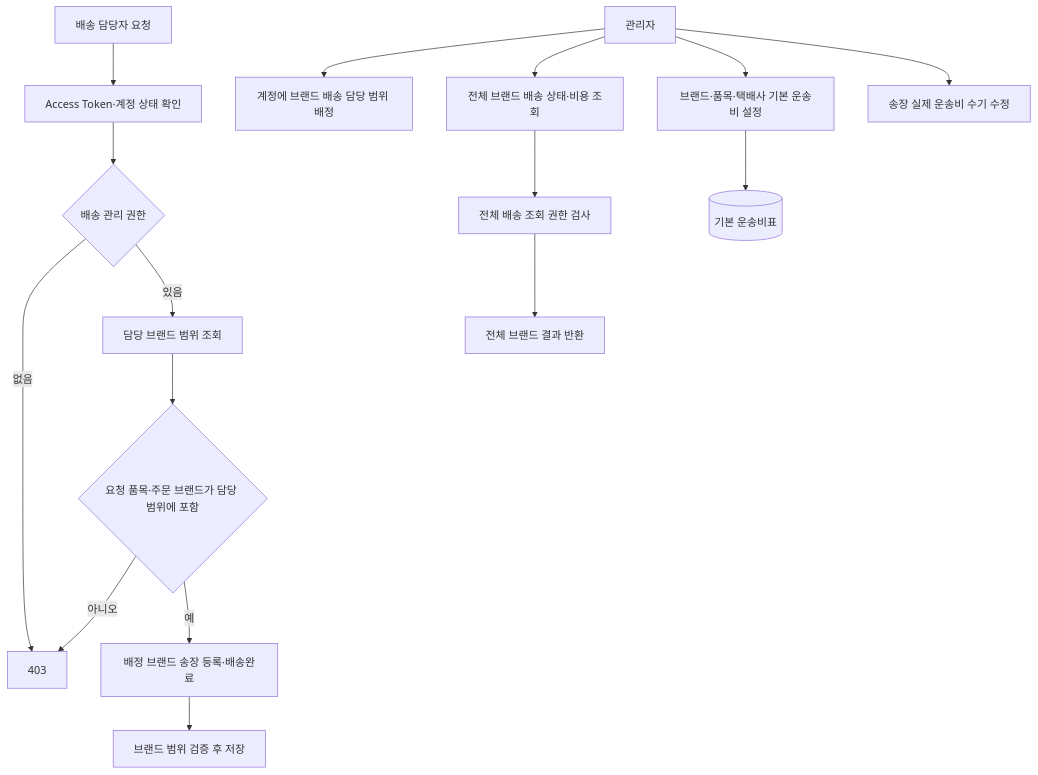
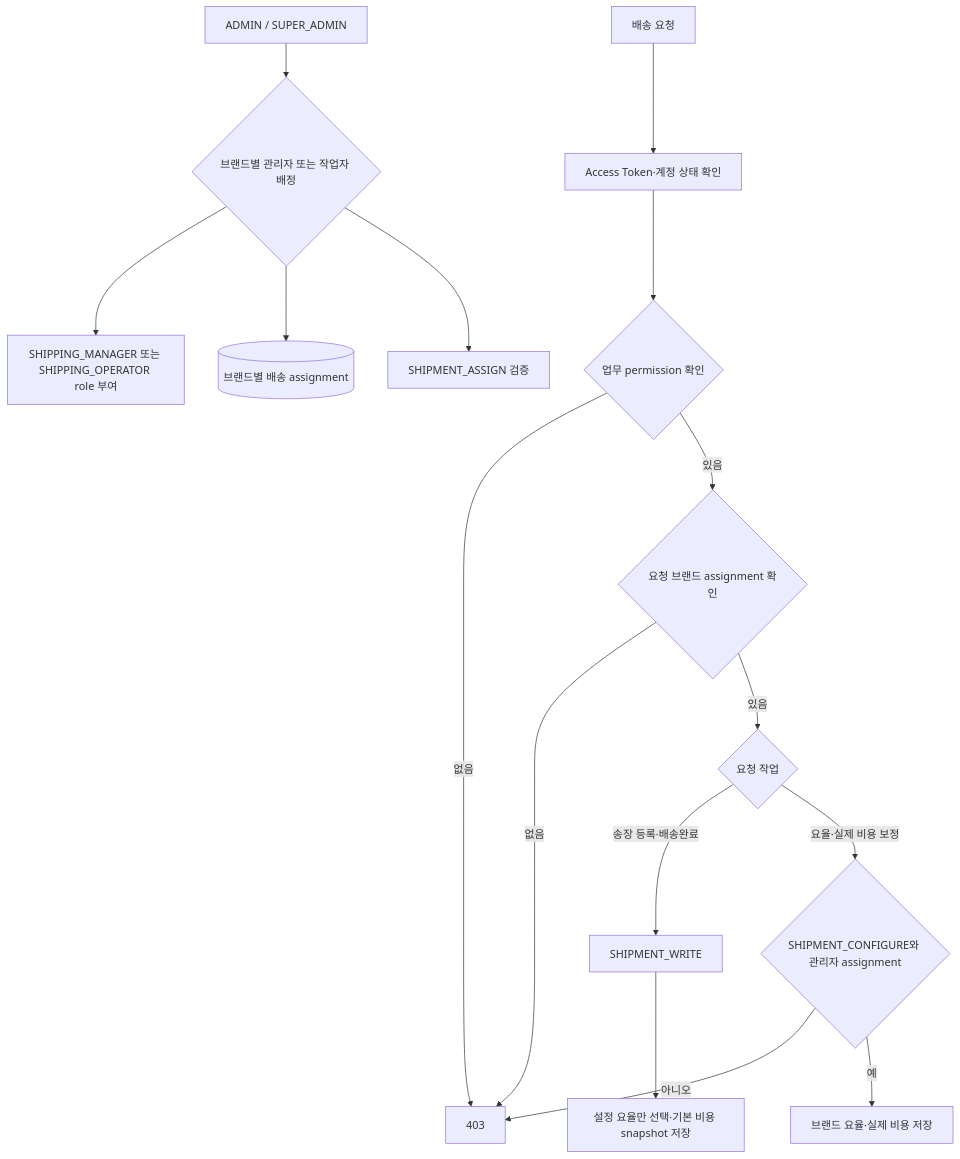
Before and after one commit to DongHyeonEom/umji-market-api: the tenth of 10 diagrams in docs/services/operation.md, drawn with Mermaid. The commit also changed other lines of this file and 27 other files, not shown here.

````diff
--- a/docs/services/operation.md
+++ b/docs/services/operation.md
@@ -502,18 +505,18 @@
 ```mermaid
 flowchart TD
-    ADMIN[관리자] --> MAP[계정에 브랜드 배송 담당 범위 배정]
-    MANAGER[배송 담당자 요청] --> AUTH[Access Token·계정 상태 확인]
-    AUTH --> PERM{배송 관리 권한}
+    ADMIN[ADMIN / SUPER_ADMIN] --> ASSIGN{브랜드별 관리자 또는 작업자 배정}
+    ASSIGN --> ROLE[SHIPPING_MANAGER 또는 SHIPPING_OPERATOR role 부여]
+    ASSIGN --> SCOPE[(브랜드별 배송 assignment)]
+    USER[배송 요청] --> AUTH[Access Token·계정 상태 확인]
+    AUTH --> PERM{업무 permission 확인}
     PERM -->|없음| DENY[403]
-    PERM -->|있음| SCOPE[담당 브랜드 범위 조회]
-    SCOPE --> RESOURCE{요청 품목·주문 브랜드가 담당 범위에 포함}
-    RESOURCE -->|아니오| DENY
-    RESOURCE -->|예| CHANGE[배정 브랜드 송장 등록·배송완료]
-    CHANGE --> SAVE[브랜드 범위 검증 후 저장]
-    ADMIN --> GLOBAL[전체 브랜드 배송 상태·비용 조회]
-    GLOBAL --> READPERM[전체 배송 조회 권한 검사]
-    READPERM --> ALL[전체 브랜드 결과 반환]
-    ADMIN --> CONFIG[브랜드·품목·택배사 기본 운송비 설정]
-    CONFIG --> RATE[(기본 운송비표)]
-    ADMIN --> COST[송장 실제 운송비 수기 수정]
+    PERM -->|있음| SCOPECHECK{요청 브랜드 assignment 확인}
+    SCOPECHECK -->|없음| DENY
+    SCOPECHECK -->|있음| ACTION{요청 작업}
+    ACTION -->|송장 등록·배송완료| WRITE[SHIPMENT_WRITE]
+    WRITE --> RATE[설정 요율만 선택·기본 비용 snapshot 저장]
+    ACTION -->|요율·실제 비용 보정| CONFIG{SHIPMENT_CONFIGURE와 관리자 assignment}
+    CONFIG -->|아니오| DENY
+    CONFIG -->|예| UPDATE[브랜드 요율·실제 비용 저장]
+    ASSIGN --> ASSIGNPERM[SHIPMENT_ASSIGN 검증]
 ```
````
